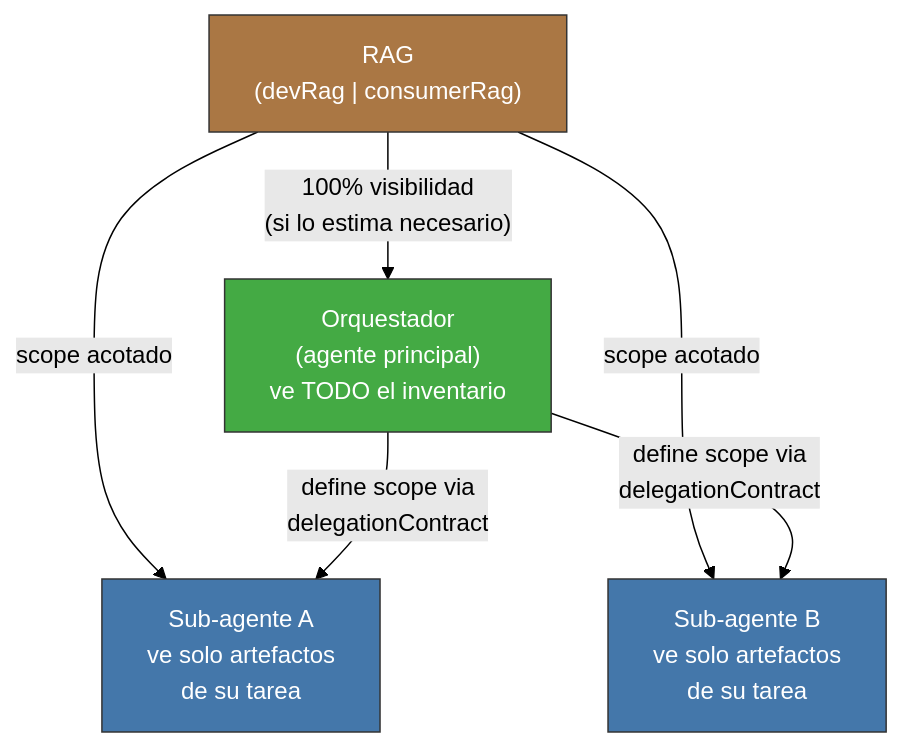
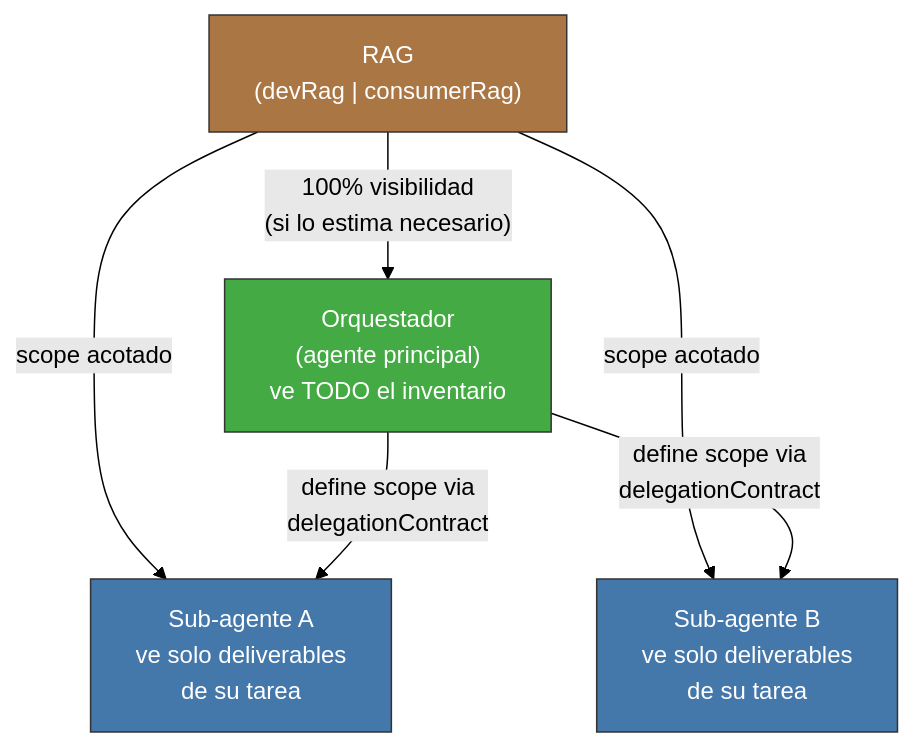
Diagram 25 of 30 in principia/overview.md (virgenherrera/virgil), drawn with Mermaid (forest theme) before and after one commit. The commit also changed other lines of this file, not shown here.

````diff
--- a/principia/overview.md
+++ b/principia/overview.md
@@ -819,16 +840,16 @@
 ```mermaid
 flowchart TD
     RAG["RAG\n(devRag | consumerRag)"]
 
     RAG -->|"100% visibilidad\n(si lo estima necesario)"| ORCH["Orquestador\n(agente principal)\nve TODO el inventario"]
 
-    RAG -->|"scope acotado"| SUB1["Sub-agente A\nve solo artefactos\nde su tarea"]
-    RAG -->|"scope acotado"| SUB2["Sub-agente B\nve solo artefactos\nde su tarea"]
+    RAG -->|"scope acotado"| SUB1["Sub-agente A\nve solo deliverables\nde su tarea"]
+    RAG -->|"scope acotado"| SUB2["Sub-agente B\nve solo deliverables\nde su tarea"]
 
     ORCH -->|"define scope via\ndelegationContract"| SUB1 & SUB2
 
     style ORCH fill:#4a4,stroke:#333,color:#fff
     style SUB1 fill:#47a,stroke:#333,color:#fff
     style SUB2 fill:#47a,stroke:#333,color:#fff
     style RAG fill:#a74,stroke:#333,color:#fff
 ```
````
